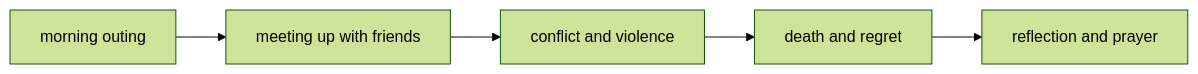
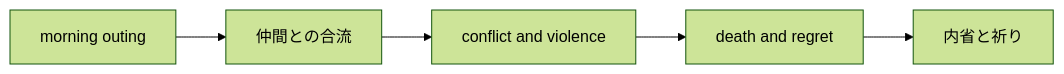
Before and after one commit to monumental-movement/monumental-movement.github.io: the diagram in en/_posts/2026-01-31-column-kendrick-lamar.md, drawn with Mermaid (forest theme). The commit also changed other lines of this file and 1012 other files, not shown here.

```diff
--- a/en/_posts/2026-01-31-column-kendrick-lamar.md
+++ b/en/_posts/2026-01-31-column-kendrick-lamar.md
@@ -91,7 +91,7 @@
 <div class="mermaid">
 flowchart LR
-A[morning outing] --> B[meeting up with friends]
+A[morning outing] --> B[仲間との合流]
 B --> C[conflict and violence]
 C --> D[death and regret]
-D --> E[reflection and prayer]
+D --> E[内省と祈り]
 </div>
```
